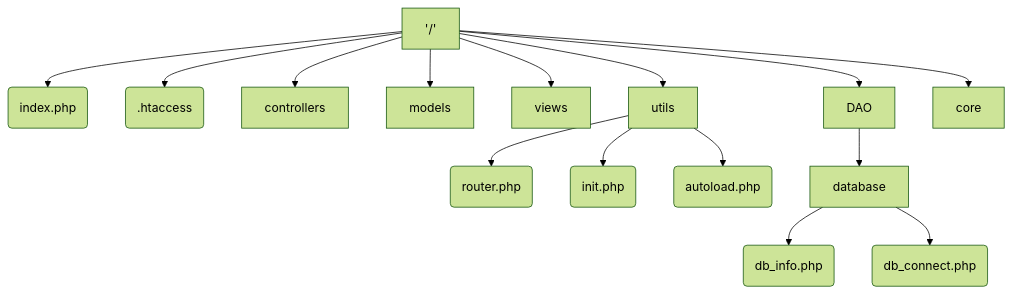
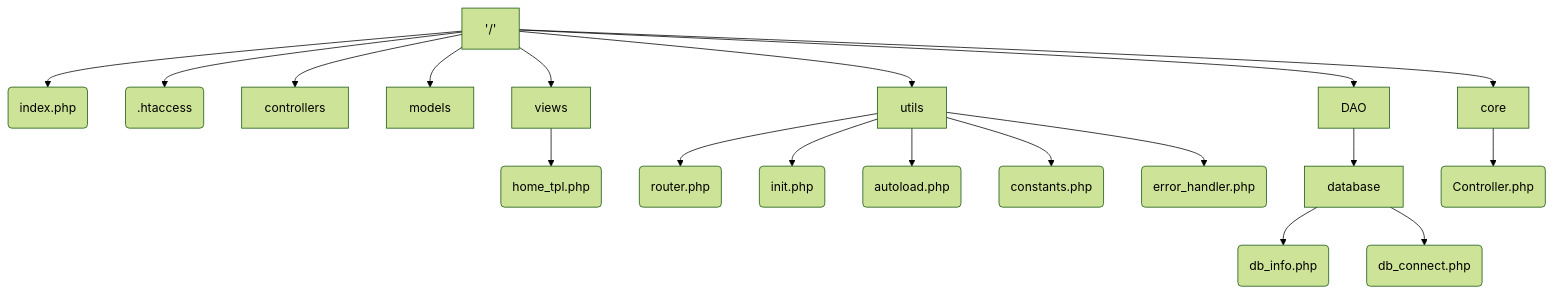
Before and after one commit to MogwaiRGod/Societe_ferroviaire: the diagram in README.md, drawn with Mermaid (forest theme). The commit also changed other lines of this file and 8 other files, not shown here.

````diff
--- a/README.md
+++ b/README.md
@@ -3,21 +3,27 @@
 ```mermaid
 graph TD;
   0['/'];
     0-->A(index.php);
     0-->B(.htaccess);
     
     0-->C[controllers];
     0-->D[models];
     0-->E[views];
     0-->F[utils];
     0-->G[DAO];
     0-->N[core];
 
+    E-->O(home_tpl.php)
+
     F-->H(router.php);
     F-->I(init.php);
     F-->J(autoload.php);
+    F-->Q(constants.php);
+    F-->R(error_handler.php);
   
     G-->K[database];
       K-->L(db_info.php);
       K-->M(db_connect.php);
+
+    N-->P(Controller.php)
 ```
````
